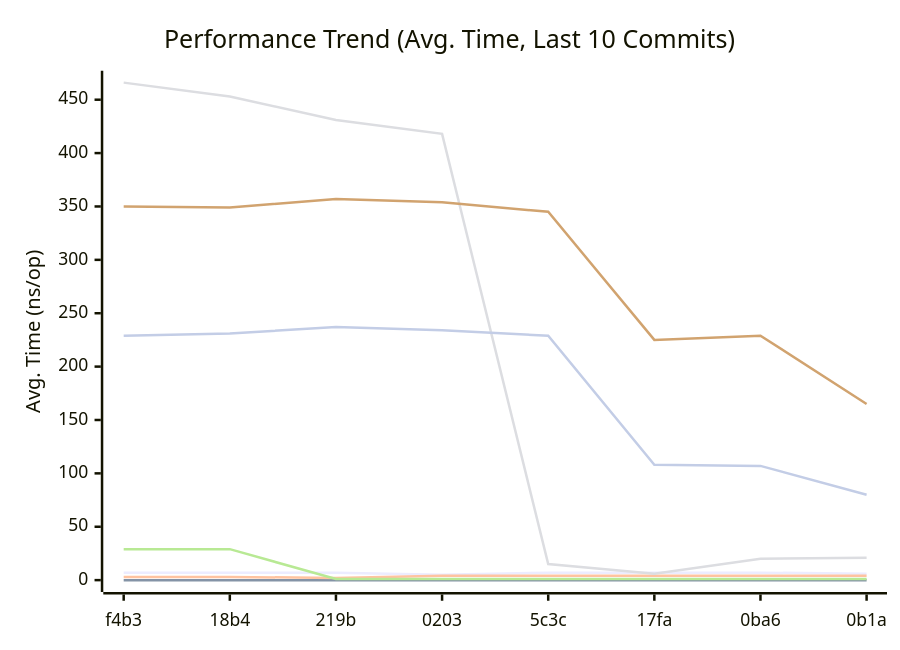
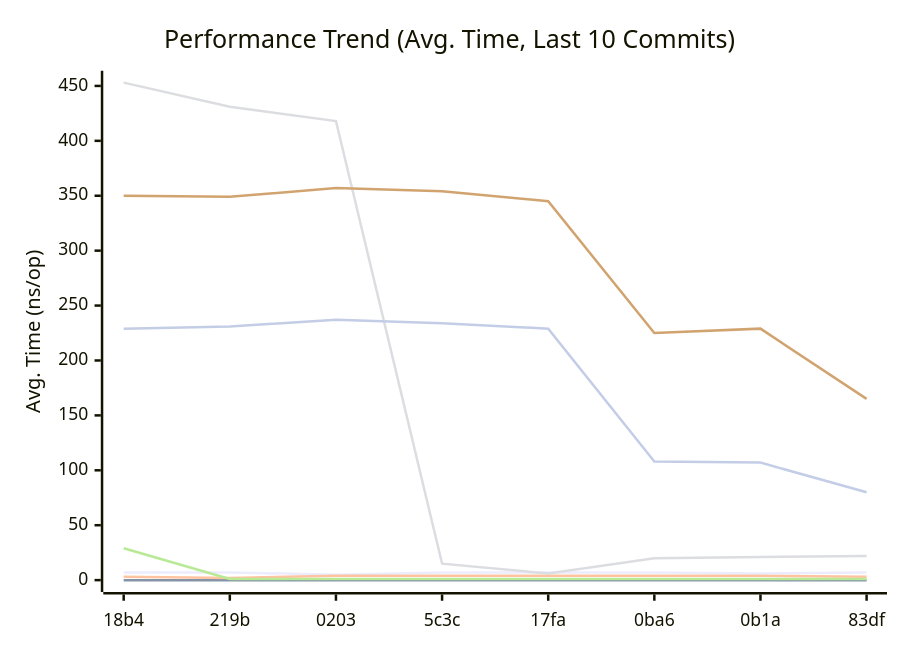
The first of 3 diagrams in docs/README.md (alsotoes/momo), drawn with Mermaid before and after one commit. The commit also changed other lines of this file and 1 other file, not shown here.

````diff
--- a/docs/README.md
+++ b/docs/README.md
@@ -188,14 +188,14 @@
 ```mermaid
 xychart-beta
     title "Performance Trend (Avg. Time, Last 10 Commits)"
     x-axis "Commit"
     y-axis "Avg. Time (ns/op)"
-    x-axis [f4b3,18b4,219b,0203,5c3c,17fa,0ba6,0b1a]
-    line "CheckMetricsAndSwap" [7,7,7,5,7,7,7,6,7,6]
+    x-axis [18b4,219b,0203,5c3c,17fa,0ba6,0b1a,83df]
+    line "CheckMetricsAndSwap" [7,7,5,7,7,7,6,7,6,7]
     line "IndexDirectTracking" [0,0,0,0,0,0,0,0,0,0]
-    line "IndexSearch" [3,3,2,4,4,4,4,4,3,4]
-    line "LoadGlobalConfig" [466,453,431,418,15,6,20,21,22,16]
-    line "PadString" [29,29,1,1,1,1,1,1,1,1]
+    line "IndexSearch" [3,2,4,4,4,4,4,3,4,3]
+    line "LoadGlobalConfig" [453,431,418,15,6,20,21,22,16,21]
+    line "PadString" [29,1,1,1,1,1,1,1,1,1]
     line "ParseReplicationOrder_NoPrealloc" [350,349,357,354,345,225,229,165,232,234]
     line "ParseReplicationOrder_Prealloc" [229,231,237,234,229,108,107,80,110,109]
 ```
````
